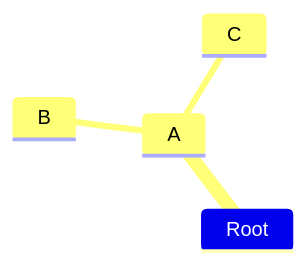
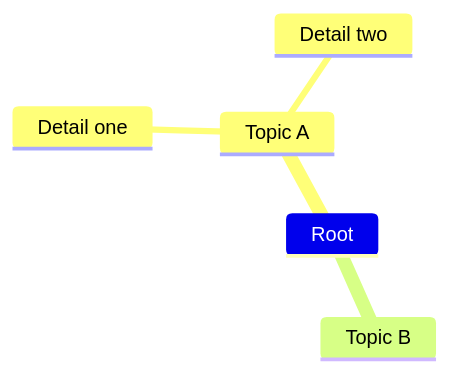
The first of 6 diagrams in skills/diagrammer/specs/mermaid/mindmap.md (hgrabows/diagrammer-skills), drawn with Mermaid before and after one commit. The commit also changed other lines of this file and 127 other files, not shown here.

First line of the commit message:
feat: audit all specs, add example gallery, fix PlantUML and Gantt rendering

````diff
--- a/skills/diagrammer/specs/mermaid/mindmap.md
+++ b/skills/diagrammer/specs/mermaid/mindmap.md
@@ -31,7 +30,8 @@
 ```mermaid
 mindmap
   Root
-    A
-      B
-      C
+    Topic A
+      Detail one
+      Detail two
+    Topic B
 ```
````
